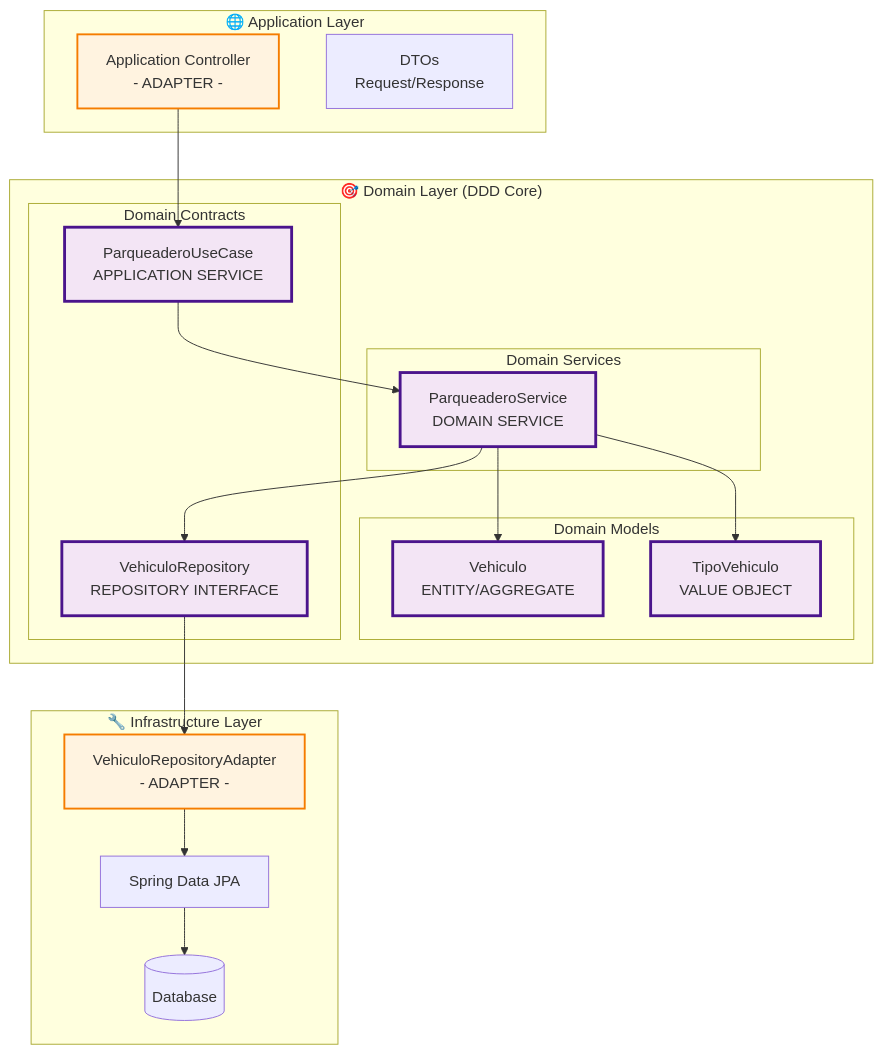
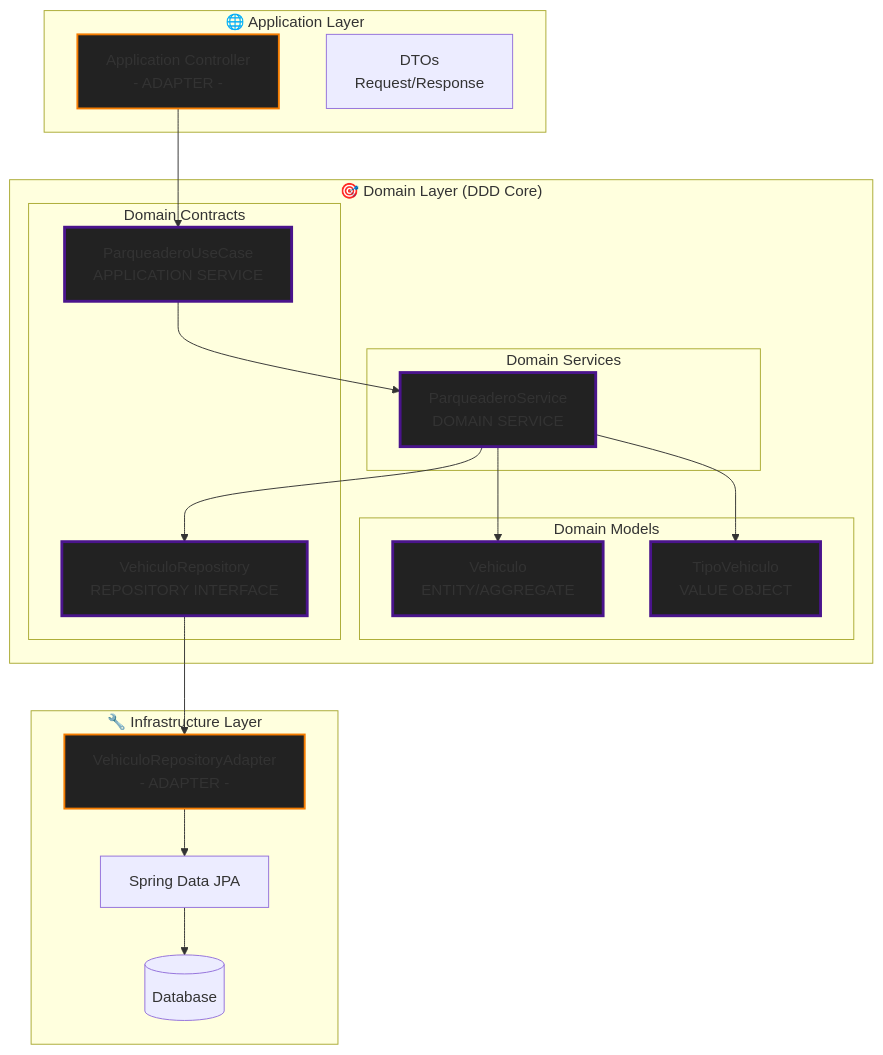
The diagram in DDD_ARQUITECTURA_HEXAGONAL.md (camilomeneses/ejemplo-arquitectura-hexagonal-springboot), drawn with Mermaid before and after one commit.

Commit message:
Actualizar estilos de clases en la documentación de DDD y Arquitectura Hexagonal

````diff
--- a/DDD_ARQUITECTURA_HEXAGONAL.md
+++ b/DDD_ARQUITECTURA_HEXAGONAL.md
@@ -118,45 +118,45 @@
 ```mermaid
 graph TB
     subgraph "🌐 Application Layer"
         AC[Application Controller<br/>- ADAPTER -]
         DTO[DTOs<br/>Request/Response]
     end
     
     subgraph "🎯 Domain Layer (DDD Core)"
         subgraph "Domain Services"
             DS[ParqueaderoService<br/>DOMAIN SERVICE]
         end
         
         subgraph "Domain Models"
             E[Vehiculo<br/>ENTITY/AGGREGATE]
             VO[TipoVehiculo<br/>VALUE OBJECT]
         end
         
         subgraph "Domain Contracts"
             UC[ParqueaderoUseCase<br/>APPLICATION SERVICE]
             REPO[VehiculoRepository<br/>REPOSITORY INTERFACE]
         end
     end
     
     subgraph "🔧 Infrastructure Layer"
         RA[VehiculoRepositoryAdapter<br/>- ADAPTER -]
         JPA[Spring Data JPA]
         DB[(Database)]
     end
     
     AC --> UC
     UC --> DS
     DS --> E
     DS --> VO
     DS --> REPO
     REPO --> RA
     RA --> JPA
     JPA --> DB
     
-    classDef dddCore fill:#f3e5f5,stroke:#4a148c,stroke-width:3px
-    classDef dddEntity fill:#e8f5e8,stroke:#2e7d32,stroke-width:2px
-    classDef adapter fill:#fff3e0,stroke:#f57c00,stroke-width:2px
+    classDef dddCore fill:#222,stroke:#4a148c,stroke-width:3px
+    classDef dddEntity fill:#333,stroke:#2e7d32,stroke-width:2px
+    classDef adapter fill:#222,stroke:#f57c00,stroke-width:2px
     
     class DS,E,VO,UC,REPO dddCore
     class AC,RA adapter
 ```
````
